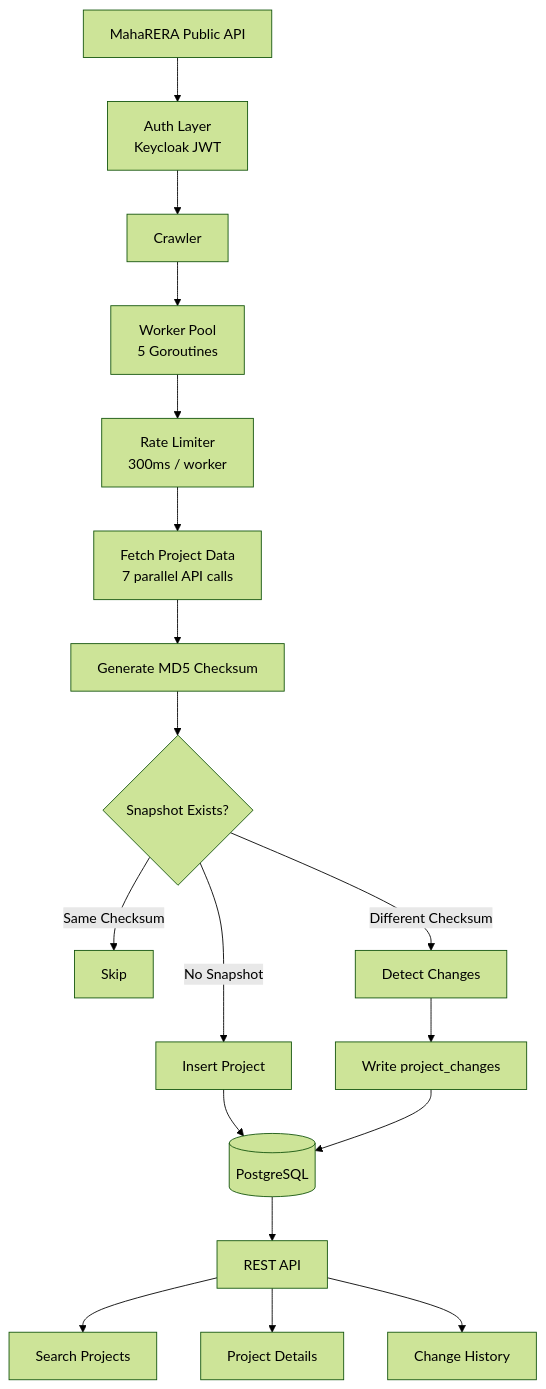
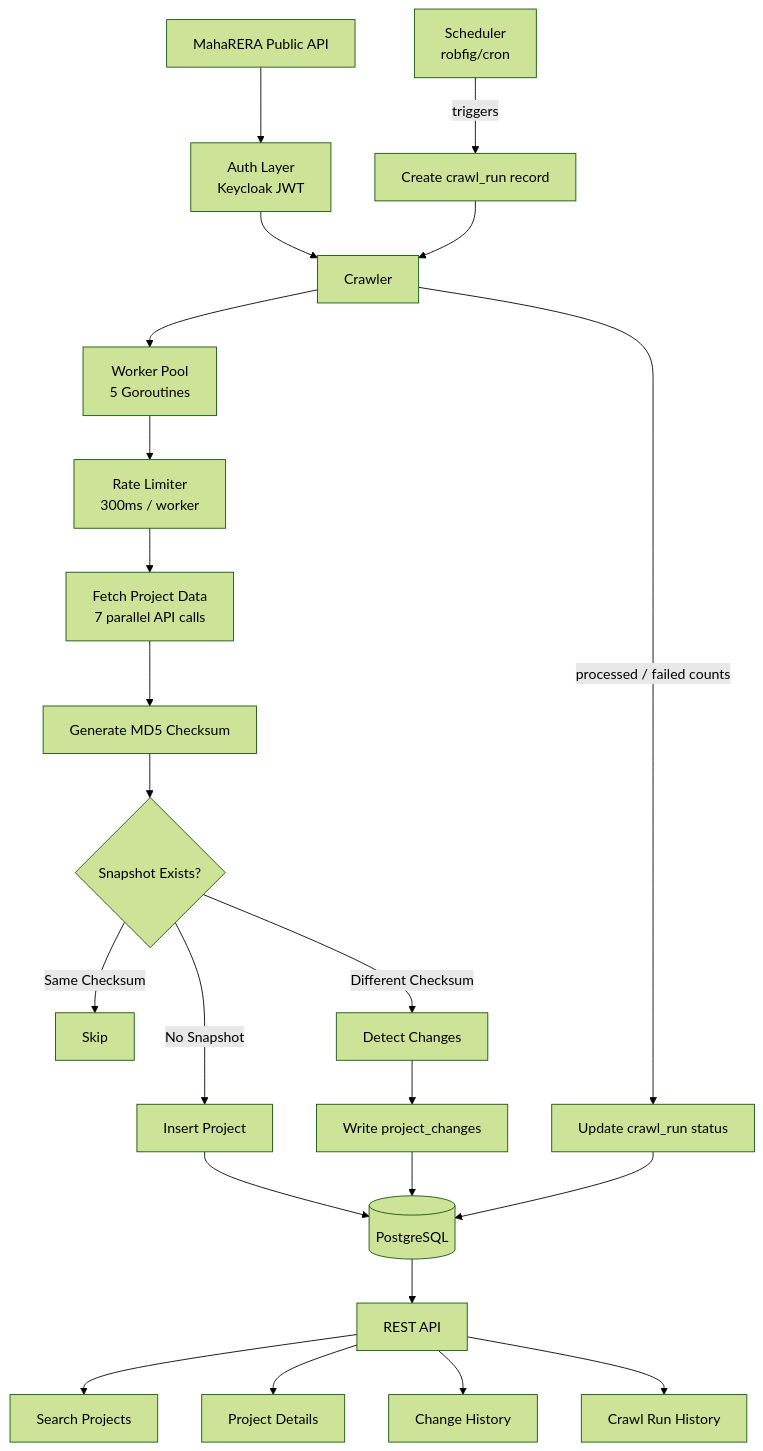
Before and after one commit to AadithS13/InfraLens: the first of 2 diagrams in README.md, drawn with Mermaid (forest theme). The commit also changed other lines of this file and 14 other files, not shown here.

First line of the commit message:
feat: V4 scheduled crawling with crawl_run audit log and GET /api/v1/crawls

````diff
--- a/README.md
+++ b/README.md
@@ -30,20 +30,25 @@
 ```mermaid
 flowchart TD
     A[MahaRERA Public API] --> B[Auth Layer\nKeycloak JWT]
     B --> C[Crawler]
     C --> D[Worker Pool\n5 Goroutines]
     D --> E[Rate Limiter\n300ms / worker]
     E --> F[Fetch Project Data\n7 parallel API calls]
     F --> G[Generate MD5 Checksum]
     G --> H{Snapshot Exists?}
     H -- Same Checksum --> I[Skip]
     H -- No Snapshot --> J[Insert Project]
     H -- Different Checksum --> K[Detect Changes]
     K --> L[Write project_changes]
     J --> M[(PostgreSQL)]
     L --> M
+    SCHED[Scheduler\nrobfig/cron] -- triggers --> CR[Create crawl_run record]
+    CR --> C
+    C -- processed / failed counts --> UPD[Update crawl_run status]
+    UPD --> M
     M --> N[REST API]
     N --> O[Search Projects]
     N --> P[Project Details]
     N --> Q[Change History]
+    N --> R[Crawl Run History]
 ```
````
